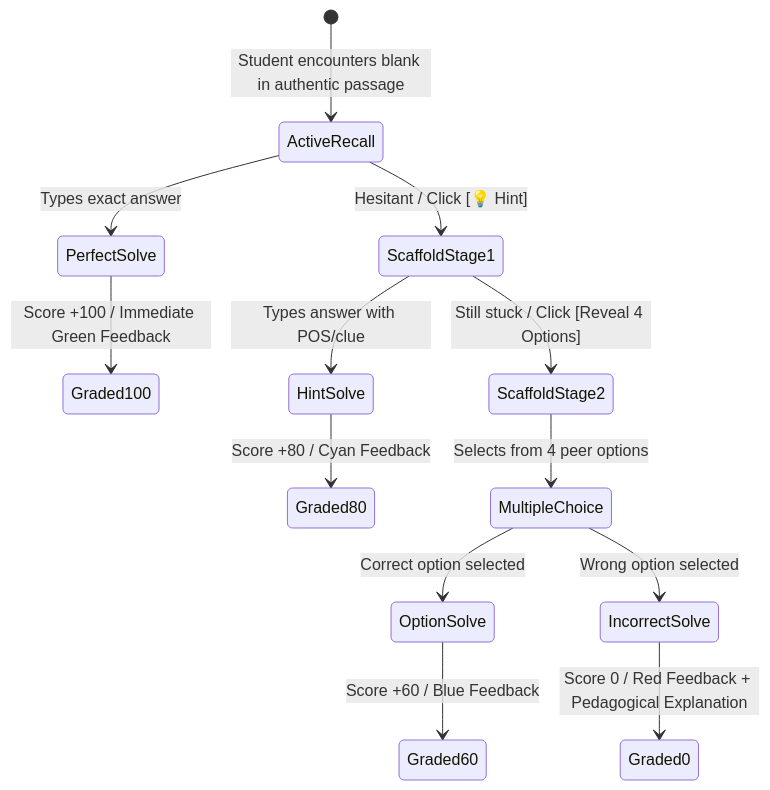
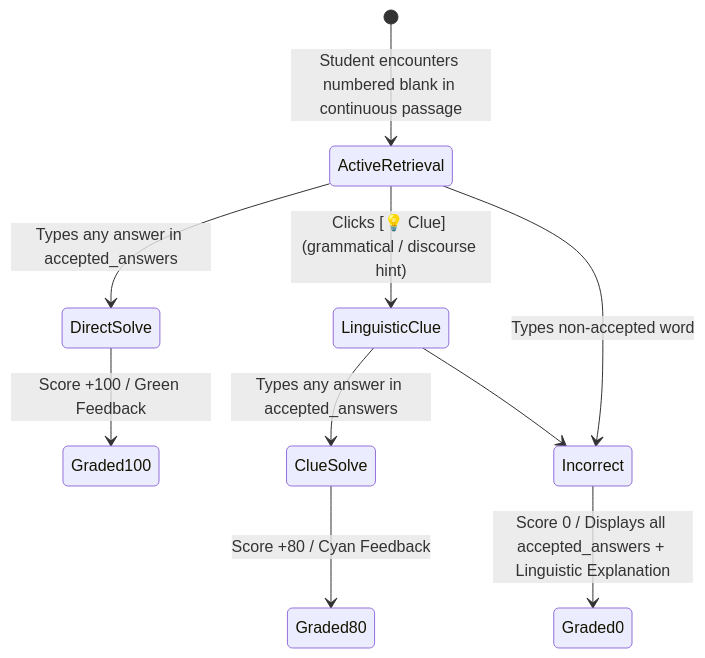
One commit to SamoyeHN/lexis-wiki changed the second of 2 diagrams in docs/cloze-discourse-architecture.md. Above: the diagram before and after it, drawn with Mermaid. The commit also changed other lines of this file and 6 other files, not shown here.

Commit message:
docs: sync Pure Open Cloze, PedLex table names/counts, and add improvement roadmap

````diff
--- a/docs/cloze-discourse-architecture.md
+++ b/docs/cloze-discourse-architecture.md
@@ -97,17 +91,14 @@
 ```mermaid
 stateDiagram-v2
-    [*] --> ActiveRecall: Student encounters blank in authentic passage
-    ActiveRecall --> PerfectSolve: Types exact answer
-    PerfectSolve --> Graded100: Score +100 / Immediate Green Feedback
+    [*] --> ActiveRetrieval: Student encounters numbered blank in continuous passage
+    ActiveRetrieval --> DirectSolve: Types any answer in accepted_answers
+    DirectSolve --> Graded100: Score +100 / Green Feedback
 
-    ActiveRecall --> ScaffoldStage1: Hesitant / Click [💡 Hint]
-    ScaffoldStage1 --> HintSolve: Types answer with POS/clue
-    HintSolve --> Graded80: Score +80 / Cyan Feedback
+    ActiveRetrieval --> LinguisticClue: Clicks [💡 Clue] (grammatical / discourse hint)
+    LinguisticClue --> ClueSolve: Types any answer in accepted_answers
+    ClueSolve --> Graded80: Score +80 / Cyan Feedback
 
-    ScaffoldStage1 --> ScaffoldStage2: Still stuck / Click [Reveal 4 Options]
-    ScaffoldStage2 --> MultipleChoice: Selects from 4 peer options
-    MultipleChoice --> OptionSolve: Correct option selected
-    OptionSolve --> Graded60: Score +60 / Blue Feedback
-    MultipleChoice --> IncorrectSolve: Wrong option selected
-    IncorrectSolve --> Graded0: Score 0 / Red Feedback + Pedagogical Explanation
+    ActiveRetrieval --> Incorrect: Types non-accepted word
+    LinguisticClue --> Incorrect
+    Incorrect --> Graded0: Score 0 / Displays all accepted_answers + Linguistic Explanation
 ```
````
